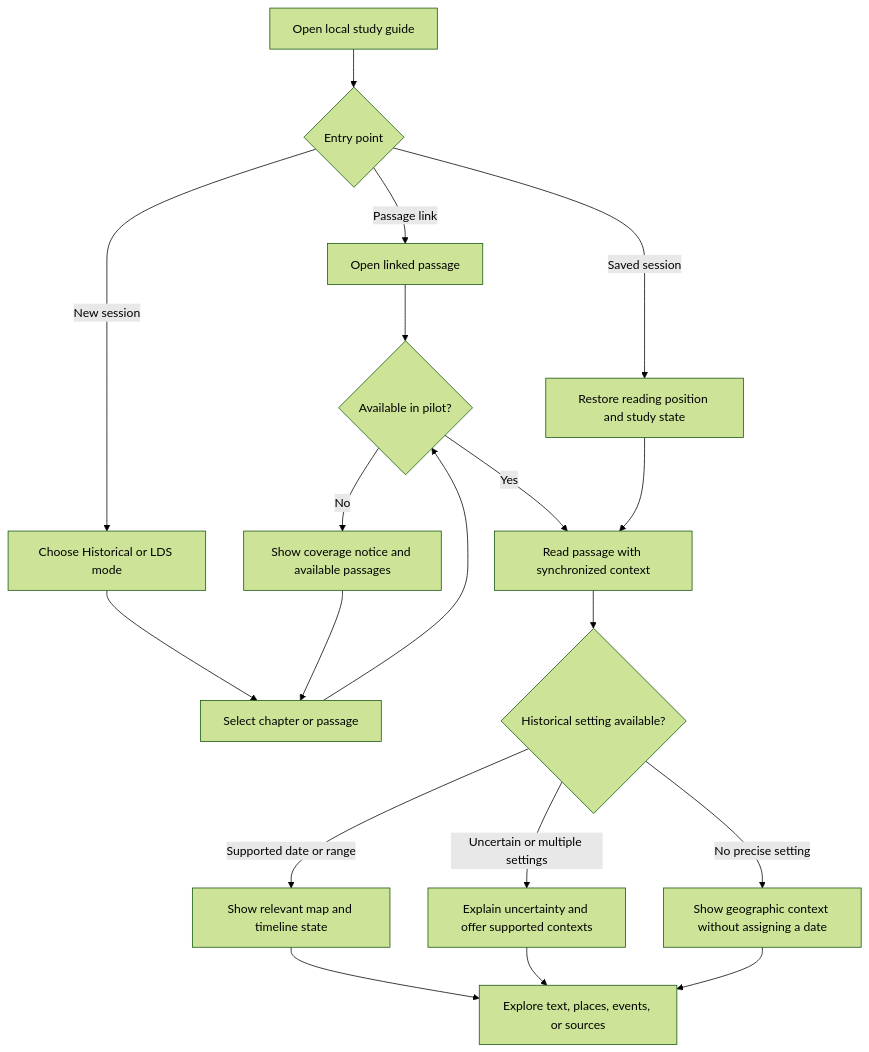
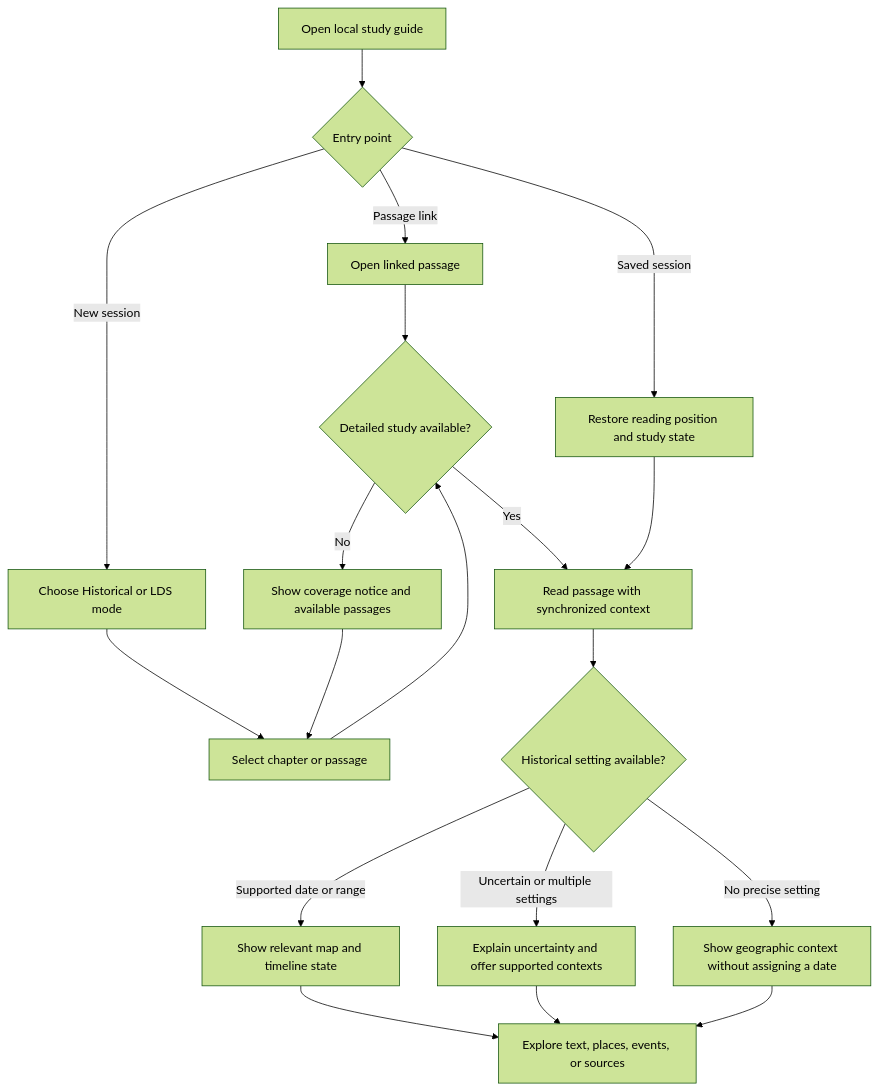
Before and after one commit to foxhollowgames/isaiah-study-guide: the first of 8 diagrams in PRD.md, drawn with Mermaid (forest theme). The commit also changed other lines of this file and 73 other files, not shown here.

````diff
--- a/PRD.md
+++ b/PRD.md
@@ -168,21 +168,21 @@
 ```mermaid
 flowchart TD
     A[Open local study guide] --> B{Entry point}
     B -->|Saved session| C[Restore reading position and study state]
     B -->|Passage link| D[Open linked passage]
     B -->|New session| E[Choose Historical or LDS mode]
     E --> F[Select chapter or passage]
-    D --> G{Available in pilot?}
+    D --> G{Detailed study available?}
     F --> G
     G -->|No| H[Show coverage notice and available passages]
     H --> F
     G -->|Yes| I[Read passage with synchronized context]
     C --> I
     I --> J{Historical setting available?}
     J -->|Supported date or range| K[Show relevant map and timeline state]
     J -->|Uncertain or multiple settings| L[Explain uncertainty and offer supported contexts]
     J -->|No precise setting| M[Show geographic context without assigning a date]
     K --> N[Explore text, places, events, or sources]
     L --> N
     M --> N
 ```
````
